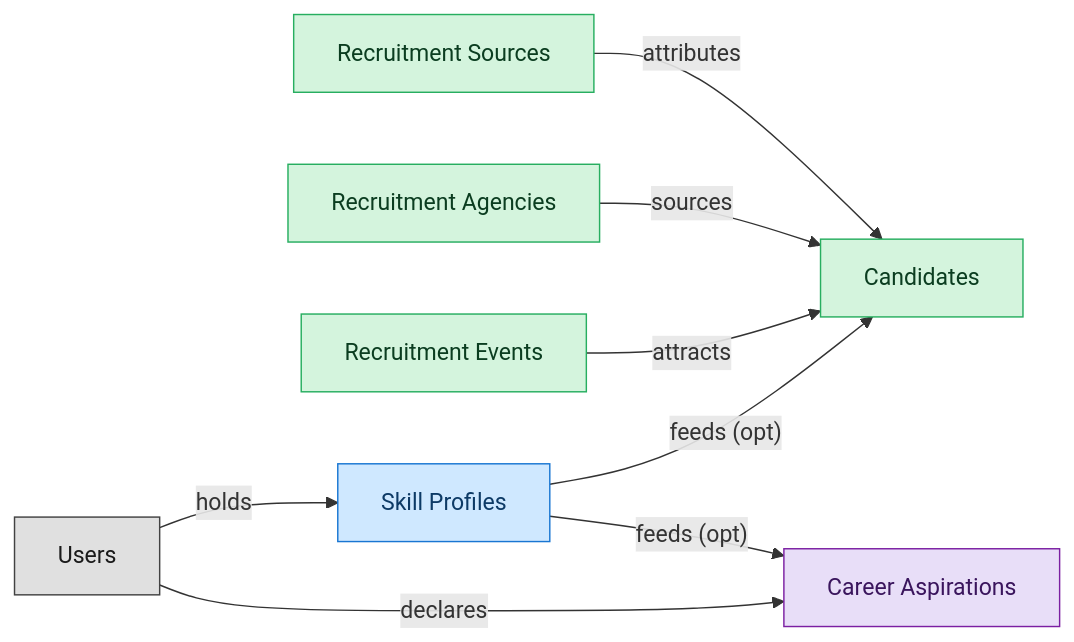
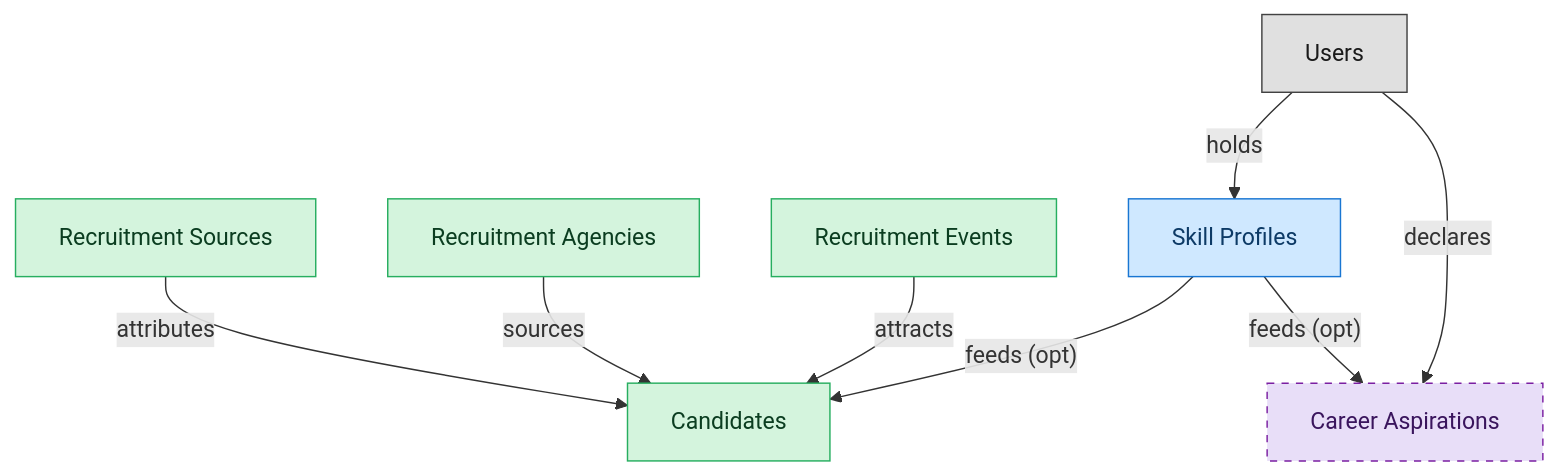
Before and after one commit to semantius/semantius: the diagram in blueprints/ats-candidate-crm-semantic-blueprint.md, drawn with Mermaid. The commit also changed other lines of this file and 31 other files, not shown here.

````diff
--- a/blueprints/ats-candidate-crm-semantic-blueprint.md
+++ b/blueprints/ats-candidate-crm-semantic-blueprint.md
@@ -31,28 +31,29 @@
 ```mermaid
-flowchart LR
+flowchart TD
   classDef master fill:#d4f4dd,stroke:#27ae60,color:#0b3d20;
   classDef contributor fill:#cfe8ff,stroke:#1976d2,color:#0d3a66;
   classDef consumer fill:#e8def8,stroke:#7b1fa2,color:#3a155d;
   classDef platform_builtin fill:#e0e0e0,stroke:#424242,color:#1a1a1a;
   candidates["Candidates"]
   recruitment_sources["Recruitment Sources"]
   recruitment_agencies["Recruitment Agencies"]
   recruitment_events["Recruitment Events"]
   skill_profiles["Skill Profiles"]
   career_aspirations["Career Aspirations"]
   users["Users"]
   skill_profiles -->|"feeds (opt)"| candidates
   skill_profiles -->|"feeds (opt)"| career_aspirations
   recruitment_sources -->|"attributes"| candidates
   recruitment_agencies -->|"sources"| candidates
   recruitment_events -->|"attracts"| candidates
   users -->|"holds"| skill_profiles
   users -->|"declares"| career_aspirations
   class candidates master;
   class recruitment_sources master;
   class recruitment_agencies master;
   class recruitment_events master;
   class skill_profiles contributor;
   class career_aspirations consumer;
   class users platform_builtin;
+  style career_aspirations stroke-dasharray:5 5;
 ```
````
